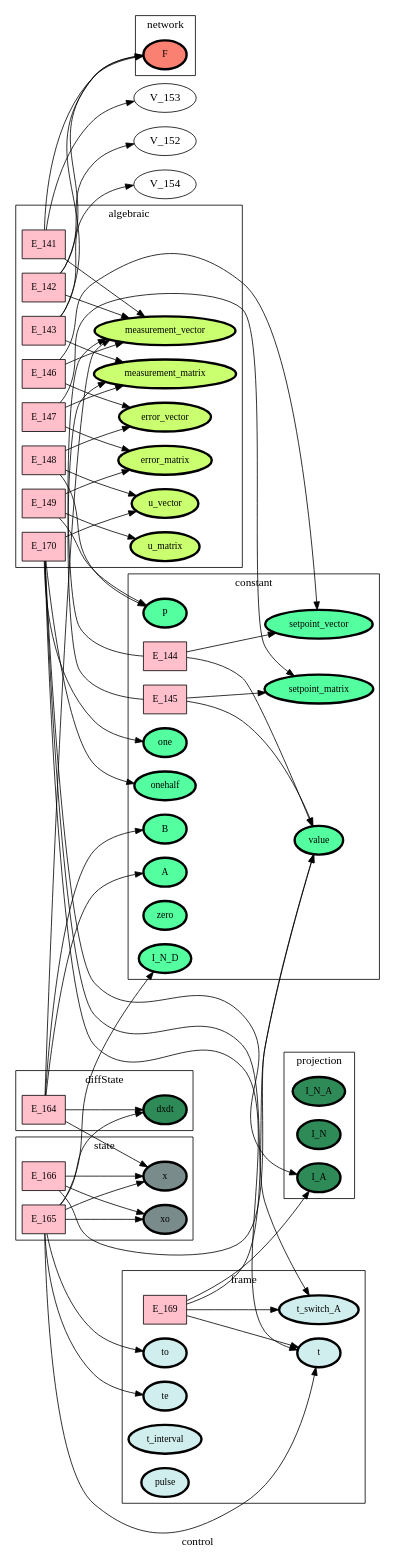
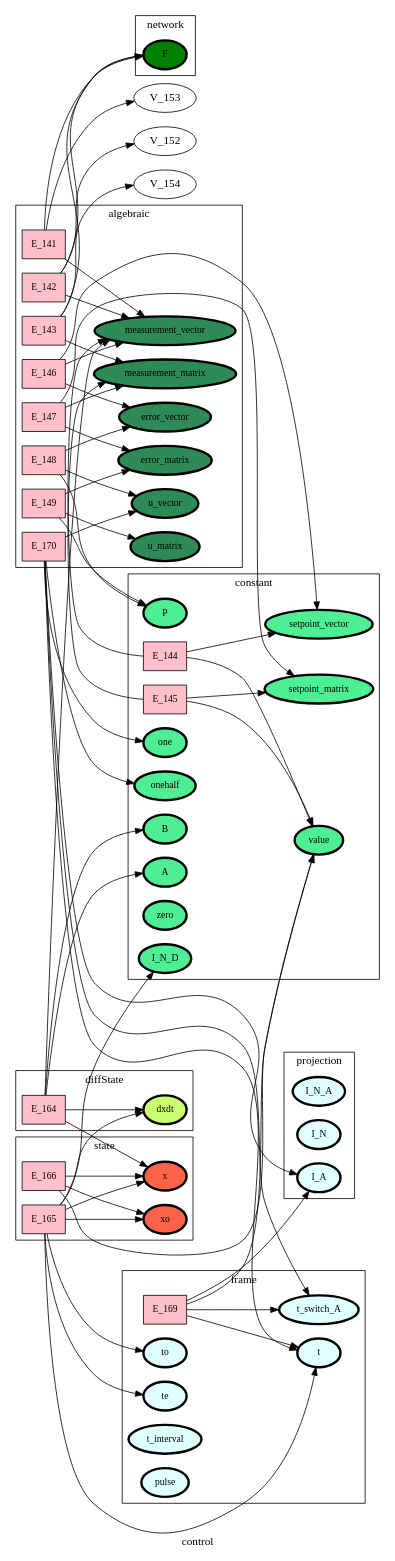
One commit to heinz-preisig/sandbox21 changed the diagram in ontology_graphs/graph__control.dot. Above: the diagram before and after it, drawn with Graphviz. The commit also changed 150 other files, not shown here.

```diff
--- a/ontology_graphs/graph__control.dot
+++ b/ontology_graphs/graph__control.dot
@@ -1,154 +1,154 @@
 digraph control {
 label=control;
 rankdir=LR;
 subgraph cluster_control___dataFlow {
 label=dataFlow;
 rankdir=LR;
 }
 
 subgraph cluster_control___input {
 label=input;
 rankdir=LR;
 }
 
 subgraph cluster_control___output {
 label=output;
 rankdir=LR;
 }
 
 subgraph cluster_control___network {
 label=network;
 rankdir=LR;
-V_10 [fillcolor=salmon, fontsize=12, label=F, penwidth=3, style=filled];
+V_10 [fillcolor=green, fontsize=12, label=F, penwidth=3, style=filled];
 }
 
 subgraph cluster_control___projection {
 label=projection;
 rankdir=LR;
-V_48 [fillcolor=seagreen, fontsize=12, label=I_N_A, penwidth=3, style=filled];
-V_96 [fillcolor=seagreen, fontsize=12, label=I_N, penwidth=3, style=filled];
-V_97 [fillcolor=seagreen, fontsize=12, label=I_A, penwidth=3, style=filled];
+V_48 [fillcolor=lightcyan, fontsize=12, label=I_N_A, penwidth=3, style=filled];
+V_96 [fillcolor=lightcyan, fontsize=12, label=I_N, penwidth=3, style=filled];
+V_97 [fillcolor=lightcyan, fontsize=12, label=I_A, penwidth=3, style=filled];
 }
 
 subgraph cluster_control___localIndex {
 label=localIndex;
 rankdir=LR;
 }
 
 E_169 -> V_1  [splines=ortho];
 E_169 -> V_4  [splines=ortho];
 E_169 -> V_97  [splines=ortho];
 subgraph cluster_control___frame {
 label=frame;
 rankdir=LR;
-V_185 [fillcolor=lightcyan2, fontsize=12, label=t_switch_A, penwidth=3, style=filled];
-V_4 [fillcolor=lightcyan2, fontsize=12, label=t, penwidth=3, style=filled];
-V_5 [fillcolor=lightcyan2, fontsize=12, label=to, penwidth=3, style=filled];
-V_6 [fillcolor=lightcyan2, fontsize=12, label=te, penwidth=3, style=filled];
-V_7 [fillcolor=lightcyan2, fontsize=12, label=t_interval, penwidth=3, style=filled];
-V_9 [fillcolor=lightcyan2, fontsize=12, label=pulse, penwidth=3, style=filled];
+V_185 [fillcolor=lightcyan1, fontsize=12, label=t_switch_A, penwidth=3, style=filled];
+V_4 [fillcolor=lightcyan1, fontsize=12, label=t, penwidth=3, style=filled];
+V_5 [fillcolor=lightcyan1, fontsize=12, label=to, penwidth=3, style=filled];
+V_6 [fillcolor=lightcyan1, fontsize=12, label=te, penwidth=3, style=filled];
+V_7 [fillcolor=lightcyan1, fontsize=12, label=t_interval, penwidth=3, style=filled];
+V_9 [fillcolor=lightcyan1, fontsize=12, label=pulse, penwidth=3, style=filled];
 E_169 [fillcolor=pink, fontsize=12, shape=box, style=filled];
 E_169 -> V_185  [splines=ortho];
 }
 
 E_165 -> V_181  [splines=ortho];
 E_165 -> V_182  [splines=ortho];
 E_165 -> V_183  [splines=ortho];
 E_165 -> V_4  [splines=ortho];
 E_165 -> V_5  [splines=ortho];
 E_165 -> V_6  [splines=ortho];
 E_166 -> V_1  [splines=ortho];
 E_166 -> V_179  [splines=ortho];
 subgraph cluster_control___state {
 label=state;
 rankdir=LR;
-V_179 [fillcolor=lightcyan4, fontsize=12, label=x, penwidth=3, style=filled];
-V_183 [fillcolor=lightcyan4, fontsize=12, label=xo, penwidth=3, style=filled];
+V_179 [fillcolor=tomato, fontsize=12, label=x, penwidth=3, style=filled];
+V_183 [fillcolor=tomato, fontsize=12, label=xo, penwidth=3, style=filled];
 E_165 [fillcolor=pink, fontsize=12, shape=box, style=filled];
 E_165 -> V_179  [splines=ortho];
 E_166 [fillcolor=pink, fontsize=12, shape=box, style=filled];
 E_166 -> V_183  [splines=ortho];
 }
 
 E_144 -> V_1  [splines=ortho];
 E_144 -> V_155  [splines=ortho];
 E_145 -> V_1  [splines=ortho];
 E_145 -> V_156  [splines=ortho];
 subgraph cluster_control___constant {
 label=constant;
 rankdir=LR;
-V_1 [fillcolor=seagreen1, fontsize=12, label=value, penwidth=3, style=filled];
-V_157 [fillcolor=seagreen1, fontsize=12, label=setpoint_vector, penwidth=3, style=filled];
-V_158 [fillcolor=seagreen1, fontsize=12, label=setpoint_matrix, penwidth=3, style=filled];
-V_159 [fillcolor=seagreen1, fontsize=12, label=P, penwidth=3, style=filled];
-V_177 [fillcolor=seagreen1, fontsize=12, label=A, penwidth=3, style=filled];
-V_178 [fillcolor=seagreen1, fontsize=12, label=B, penwidth=3, style=filled];
-V_181 [fillcolor=seagreen1, fontsize=12, label=I_N_D, penwidth=3, style=filled];
-V_2 [fillcolor=seagreen1, fontsize=12, label=one, penwidth=3, style=filled];
-V_3 [fillcolor=seagreen1, fontsize=12, label=zero, penwidth=3, style=filled];
-V_8 [fillcolor=seagreen1, fontsize=12, label=onehalf, penwidth=3, style=filled];
+V_1 [fillcolor=seagreen2, fontsize=12, label=value, penwidth=3, style=filled];
+V_157 [fillcolor=seagreen2, fontsize=12, label=setpoint_vector, penwidth=3, style=filled];
+V_158 [fillcolor=seagreen2, fontsize=12, label=setpoint_matrix, penwidth=3, style=filled];
+V_159 [fillcolor=seagreen2, fontsize=12, label=P, penwidth=3, style=filled];
+V_177 [fillcolor=seagreen2, fontsize=12, label=A, penwidth=3, style=filled];
+V_178 [fillcolor=seagreen2, fontsize=12, label=B, penwidth=3, style=filled];
+V_181 [fillcolor=seagreen2, fontsize=12, label=I_N_D, penwidth=3, style=filled];
+V_2 [fillcolor=seagreen2, fontsize=12, label=one, penwidth=3, style=filled];
+V_3 [fillcolor=seagreen2, fontsize=12, label=zero, penwidth=3, style=filled];
+V_8 [fillcolor=seagreen2, fontsize=12, label=onehalf, penwidth=3, style=filled];
 E_144 [fillcolor=pink, fontsize=12, shape=box, style=filled];
 E_144 -> V_157  [splines=ortho];
 E_145 [fillcolor=pink, fontsize=12, shape=box, style=filled];
 E_145 -> V_158  [splines=ortho];
 }
 
 E_164 -> V_155  [splines=ortho];
 E_164 -> V_177  [splines=ortho];
 E_164 -> V_178  [splines=ortho];
 E_164 -> V_179  [splines=ortho];
 subgraph cluster_control___diffState {
 label=diffState;
 rankdir=LR;
-V_182 [fillcolor=seagreen4, fontsize=12, label=dxdt, penwidth=3, style=filled];
+V_182 [fillcolor=darkolivegreen1, fontsize=12, label=dxdt, penwidth=3, style=filled];
 E_164 [fillcolor=pink, fontsize=12, shape=box, style=filled];
 E_164 -> V_182  [splines=ortho];
 }
 
 E_141 -> V_10  [splines=ortho];
 E_141 -> V_153  [splines=ortho];
 E_142 -> V_10  [splines=ortho];
 E_142 -> V_152  [splines=ortho];
 E_143 -> V_10  [splines=ortho];
 E_143 -> V_154  [splines=ortho];
 E_146 -> V_155  [splines=ortho];
 E_146 -> V_157  [splines=ortho];
 E_147 -> V_156  [splines=ortho];
 E_147 -> V_158  [splines=ortho];
 E_148 -> V_159  [splines=ortho];
 E_148 -> V_160  [splines=ortho];
 E_170 -> V_185  [splines=ortho];
 E_170 -> V_2  [splines=ortho];
 E_170 -> V_4  [splines=ortho];
 E_170 -> V_8  [splines=ortho];
 E_170 -> V_97  [splines=ortho];
 E_149 -> V_159  [splines=ortho];
 E_149 -> V_161  [splines=ortho];
 subgraph cluster_control___algebraic {
 label=algebraic;
 rankdir=LR;
-V_155 [fillcolor=darkolivegreen1, fontsize=12, label=measurement_vector, penwidth=3, style=filled];
-V_156 [fillcolor=darkolivegreen1, fontsize=12, label=measurement_matrix, penwidth=3, style=filled];
-V_160 [fillcolor=darkolivegreen1, fontsize=12, label=error_vector, penwidth=3, style=filled];
-V_161 [fillcolor=darkolivegreen1, fontsize=12, label=error_matrix, penwidth=3, style=filled];
-V_162 [fillcolor=darkolivegreen1, fontsize=12, label=u_vector, penwidth=3, style=filled];
-V_163 [fillcolor=darkolivegreen1, fontsize=12, label=u_matrix, penwidth=3, style=filled];
+V_155 [fillcolor=seagreen, fontsize=12, label=measurement_vector, penwidth=3, style=filled];
+V_156 [fillcolor=seagreen, fontsize=12, label=measurement_matrix, penwidth=3, style=filled];
+V_160 [fillcolor=seagreen, fontsize=12, label=error_vector, penwidth=3, style=filled];
+V_161 [fillcolor=seagreen, fontsize=12, label=error_matrix, penwidth=3, style=filled];
+V_162 [fillcolor=seagreen, fontsize=12, label=u_vector, penwidth=3, style=filled];
+V_163 [fillcolor=seagreen, fontsize=12, label=u_matrix, penwidth=3, style=filled];
 E_141 [fillcolor=pink, fontsize=12, shape=box, style=filled];
 E_141 -> V_155  [splines=ortho];
 E_142 [fillcolor=pink, fontsize=12, shape=box, style=filled];
 E_142 -> V_155  [splines=ortho];
 E_143 [fillcolor=pink, fontsize=12, shape=box, style=filled];
 E_143 -> V_156  [splines=ortho];
 E_146 [fillcolor=pink, fontsize=12, shape=box, style=filled];
 E_146 -> V_160  [splines=ortho];
 E_147 [fillcolor=pink, fontsize=12, shape=box, style=filled];
 E_147 -> V_161  [splines=ortho];
 E_148 [fillcolor=pink, fontsize=12, shape=box, style=filled];
 E_148 -> V_162  [splines=ortho];
 E_170 [fillcolor=pink, fontsize=12, shape=box, style=filled];
 E_170 -> V_162  [splines=ortho];
 E_149 [fillcolor=pink, fontsize=12, shape=box, style=filled];
 E_149 -> V_163  [splines=ortho];
 }
 
 }
```
